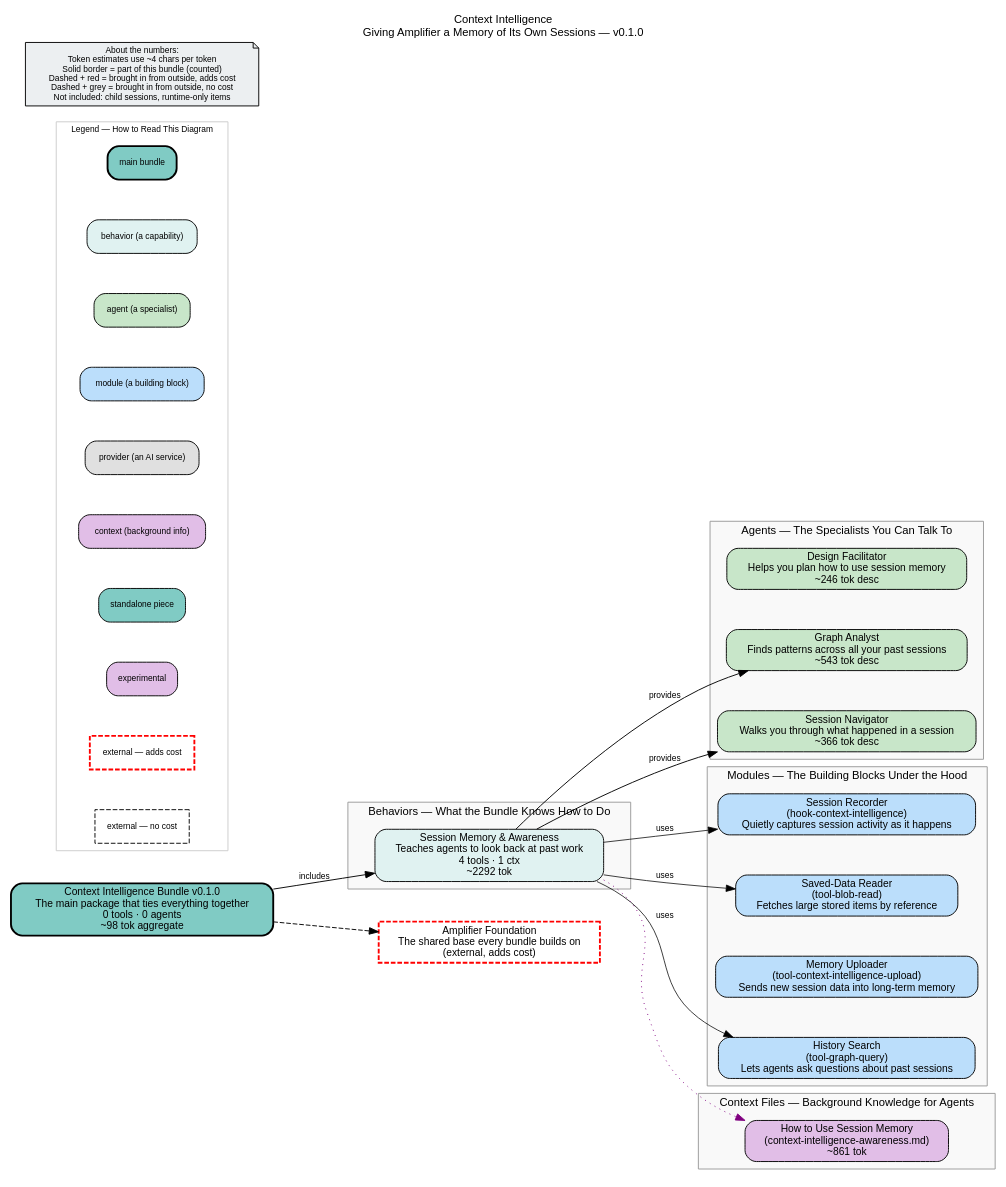
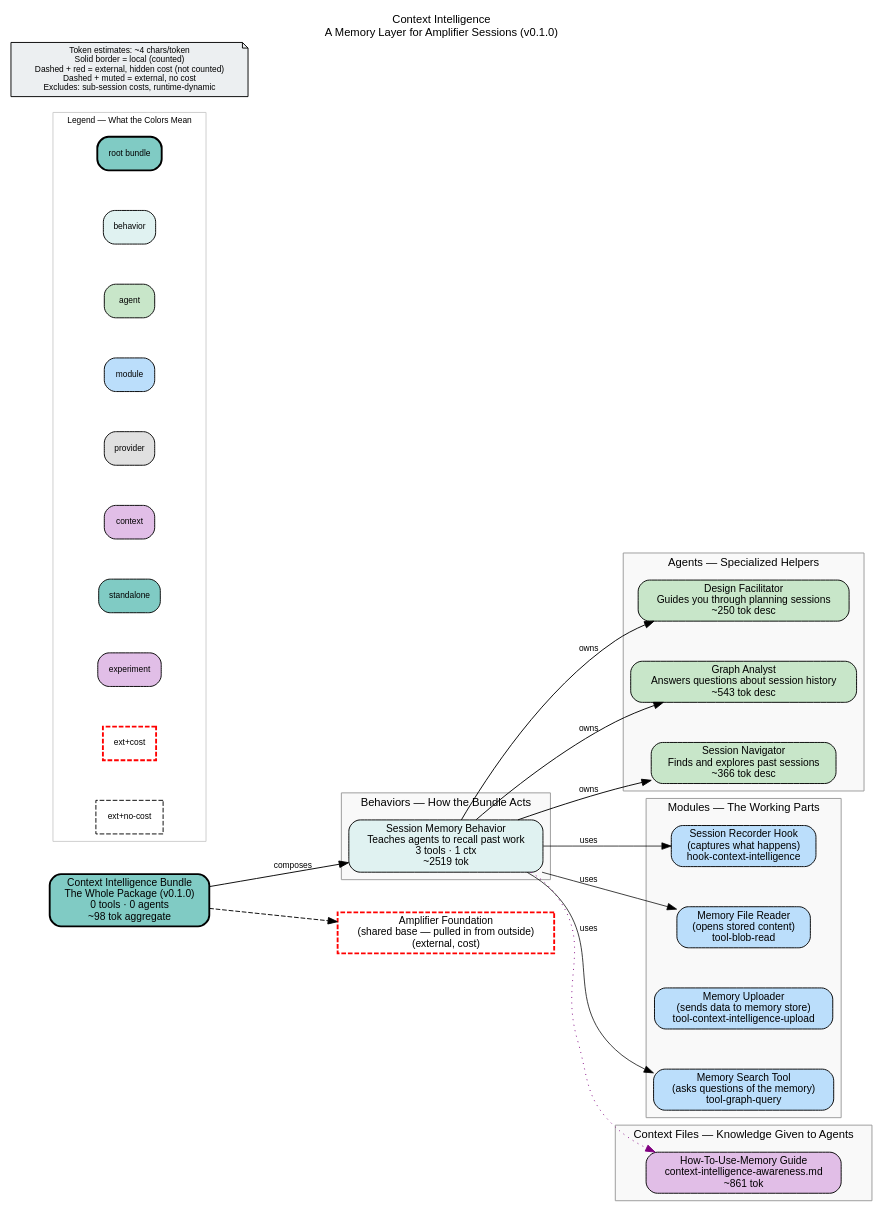
One commit to microsoft/amplifier-bundle-context-intelligence changed the diagram in bundle.dot. Above: the diagram before and after it, drawn with Graphviz.

Commit message:
docs: regenerate bundle.dot with context-intelligence-design-facilitator agent
Adds the new context-intelligence-design-facilitator agent to the bundle graph.
The previous bundle.dot was stale after the design mode redesign introduced
this agent into the session-memory behavior.

Generated with [Amplifier](https://github.com/microsoft/amplifier)

```diff
--- a/bundle.dot
+++ b/bundle.dot
@@ -1,91 +1,92 @@
-// Context Intelligence: a bundle that gives Amplifier sessions memory and self-awareness, so agents can look back at past work and navigate their own history.
+// Context Intelligence — a bundle that gives Amplifier a memory of past sessions, letting agents query and learn from prior work.
 digraph context_intelligence {
     rankdir=LR
     fontname="Helvetica"
     fontsize=12
-    label="Context Intelligence\nGiving Amplifier a Memory of Its Own Sessions — v0.1.0"
+    label="Context Intelligence\nA Memory Layer for Amplifier Sessions (v0.1.0)"
     labelloc=t
     labeljust=c
     nodesep=0.6
     ranksep=0.7
     bgcolor="white"
-    source_hash="512676d2d45f4850680ac451408ff58449b4ba8d42330625255b5f3c237ead1a"
+    source_hash="07ebeabdf3c0c81a31b7e56b096713b660894f454c6b037bbaef4b963d022e73"
 
     node [fontname="Helvetica", fontsize=11, style="filled,rounded"]
     edge [fontname="Helvetica", fontsize=9]
 
-    root_context_intelligence [label="Context Intelligence Bundle v0.1.0\nThe main package that ties everything together\n0 tools · 0 agents\n~98 tok aggregate", shape=box, fillcolor="#80cbc4", style="filled,rounded,bold", penwidth=2]
+    root_context_intelligence [label="Context Intelligence Bundle\nThe Whole Package (v0.1.0)\n0 tools · 0 agents\n~98 tok aggregate", shape=box, fillcolor="#80cbc4", style="filled,rounded,bold", penwidth=2]
 
     subgraph cluster_behaviors {
-        label="Behaviors — What the Bundle Knows How to Do"
+        label="Behaviors — How the Bundle Acts"
         style="filled"
         fillcolor="#f9f9f9"
         color="#999999"
 
-        beh_context_intelligence_behavior [label="Session Memory & Awareness\nTeaches agents to look back at past work\n4 tools · 1 ctx\n~2292 tok", shape=box, fillcolor="#e0f2f1", style="filled,rounded"]
+        beh_context_intelligence_behavior [label="Session Memory Behavior\nTeaches agents to recall past work\n3 tools · 1 ctx\n~2519 tok", shape=box, fillcolor="#e0f2f1", style="filled,rounded"]
     }
 
     subgraph cluster_agents {
-        label="Agents — The Specialists You Can Talk To"
+        label="Agents — Specialized Helpers"
         style="filled"
         fillcolor="#f9f9f9"
         color="#999999"
 
-        agt_context_intelligence_design_facilitator [label="Design Facilitator\nHelps you plan how to use session memory\n~246 tok desc", shape=box, fillcolor="#c8e6c9", style="filled,rounded"]
-        agt_graph_analyst [label="Graph Analyst\nFinds patterns across all your past sessions\n~543 tok desc", shape=box, fillcolor="#c8e6c9", style="filled,rounded"]
-        agt_session_navigator [label="Session Navigator\nWalks you through what happened in a session\n~366 tok desc", shape=box, fillcolor="#c8e6c9", style="filled,rounded"]
+        agt_context_intelligence_design_facilitator [label="Design Facilitator\nGuides you through planning sessions\n~250 tok desc", shape=box, fillcolor="#c8e6c9", style="filled,rounded"]
+        agt_graph_analyst [label="Graph Analyst\nAnswers questions about session history\n~543 tok desc", shape=box, fillcolor="#c8e6c9", style="filled,rounded"]
+        agt_session_navigator [label="Session Navigator\nFinds and explores past sessions\n~366 tok desc", shape=box, fillcolor="#c8e6c9", style="filled,rounded"]
     }
 
     subgraph cluster_modules {
-        label="Modules — The Building Blocks Under the Hood"
+        label="Modules — The Working Parts"
         style="filled"
         fillcolor="#f9f9f9"
         color="#999999"
 
-        mod_hook_context_intelligence [label="Session Recorder\n(hook-context-intelligence)\nQuietly captures session activity as it happens", shape=box, fillcolor="#bbdefb", style="filled,rounded"]
-        mod_tool_blob_read [label="Saved-Data Reader\n(tool-blob-read)\nFetches large stored items by reference", shape=box, fillcolor="#bbdefb", style="filled,rounded"]
-        mod_tool_context_intelligence_upload [label="Memory Uploader\n(tool-context-intelligence-upload)\nSends new session data into long-term memory", shape=box, fillcolor="#bbdefb", style="filled,rounded"]
-        mod_tool_graph_query [label="History Search\n(tool-graph-query)\nLets agents ask questions about past sessions", shape=box, fillcolor="#bbdefb", style="filled,rounded"]
+        mod_hook_context_intelligence [label="Session Recorder Hook\n(captures what happens)\nhook-context-intelligence", shape=box, fillcolor="#bbdefb", style="filled,rounded"]
+        mod_tool_blob_read [label="Memory File Reader\n(opens stored content)\ntool-blob-read", shape=box, fillcolor="#bbdefb", style="filled,rounded"]
+        mod_tool_context_intelligence_upload [label="Memory Uploader\n(sends data to memory store)\ntool-context-intelligence-upload", shape=box, fillcolor="#bbdefb", style="filled,rounded"]
+        mod_tool_graph_query [label="Memory Search Tool\n(asks questions of the memory)\ntool-graph-query", shape=box, fillcolor="#bbdefb", style="filled,rounded"]
     }
 
     subgraph cluster_context {
-        label="Context Files — Background Knowledge for Agents"
+        label="Context Files — Knowledge Given to Agents"
         style="filled"
         fillcolor="#f9f9f9"
         color="#999999"
 
-        ctx_context_intelligence_awareness_md [label="How to Use Session Memory\n(context-intelligence-awareness.md)\n~861 tok", shape=box, fillcolor="#e1bee7", style="filled,rounded"]
+        ctx_context_intelligence_awareness_md [label="How-To-Use-Memory Guide\ncontext-intelligence-awareness.md\n~861 tok", shape=box, fillcolor="#e1bee7", style="filled,rounded"]
     }
 
     subgraph cluster_legend {
-        label="Legend — How to Read This Diagram"
+        label="Legend — What the Colors Mean"
         style="filled"
         fillcolor="white"
         color="#cccccc"
         fontsize=9
 
-        leg_root [label="main bundle", shape=box, fillcolor="#80cbc4", style="filled,rounded,bold", fontsize=9]
-        leg_behavior [label="behavior (a capability)", shape=box, fillcolor="#e0f2f1", style="filled,rounded", fontsize=9]
-        leg_agent [label="agent (a specialist)", shape=box, fillcolor="#c8e6c9", style="filled,rounded", fontsize=9]
-        leg_module [label="module (a building block)", shape=box, fillcolor="#bbdefb", style="filled,rounded", fontsize=9]
-        leg_provider [label="provider (an AI service)", shape=box, fillcolor="#e0e0e0", style="filled,rounded", fontsize=9]
-        leg_context [label="context (background info)", shape=box, fillcolor="#e1bee7", style="filled,rounded", fontsize=9]
-        leg_standalone [label="standalone piece", shape=box, fillcolor="#80cbc4", style="filled,rounded", fontsize=9]
-        leg_experiment [label="experimental", shape=box, fillcolor="#e1bee7", style="filled,rounded", fontsize=9]
-        leg_ext_cost [label="external — adds cost", shape=box, fillcolor="#80cbc4", style="dashed", color="red", penwidth=2, fontsize=9]
-        leg_ext_muted [label="external — no cost", shape=box, fillcolor="#f5f5f5", style="dashed", fontsize=9]
+        leg_root [label="root bundle", shape=box, fillcolor="#80cbc4", style="filled,rounded,bold", fontsize=9]
+        leg_behavior [label="behavior", shape=box, fillcolor="#e0f2f1", style="filled,rounded", fontsize=9]
+        leg_agent [label="agent", shape=box, fillcolor="#c8e6c9", style="filled,rounded", fontsize=9]
+        leg_module [label="module", shape=box, fillcolor="#bbdefb", style="filled,rounded", fontsize=9]
+        leg_provider [label="provider", shape=box, fillcolor="#e0e0e0", style="filled,rounded", fontsize=9]
+        leg_context [label="context", shape=box, fillcolor="#e1bee7", style="filled,rounded", fontsize=9]
+        leg_standalone [label="standalone", shape=box, fillcolor="#80cbc4", style="filled,rounded", fontsize=9]
+        leg_experiment [label="experiment", shape=box, fillcolor="#e1bee7", style="filled,rounded", fontsize=9]
+        leg_ext_cost [label="ext+cost", shape=box, fillcolor="#80cbc4", style="dashed", color="red", penwidth=2, fontsize=9]
+        leg_ext_muted [label="ext+no-cost", shape=box, fillcolor="#f5f5f5", style="dashed", fontsize=9]
     }
 
-    disclaimer [label="About the numbers:\nToken estimates use ~4 chars per token\nSolid border = part of this bundle (counted)\nDashed + red = brought in from outside, adds cost\nDashed + grey = brought in from outside, no cost\nNot included: child sessions, runtime-only items", shape=note, fillcolor="#eceff1", style="filled", fontsize=9]
+    disclaimer [label="Token estimates: ~4 chars/token\nSolid border = local (counted)\nDashed + red = external, hidden cost (not counted)\nDashed + muted = external, no cost\nExcludes: sub-session costs, runtime-dynamic", shape=note, fillcolor="#eceff1", style="filled", fontsize=9]
 
-    ext_githttps___github_com_microsoft_amplifier_foundation_main [label="Amplifier Foundation\nThe shared base every bundle builds on\n(external, adds cost)", shape=box, fillcolor="#80cbc4", style="dashed", color="red", penwidth=2]
+    ext_githttps___github_com_microsoft_amplifier_foundation_main [label="Amplifier Foundation\n(shared base — pulled in from outside)\n(external, cost)", shape=box, fillcolor="#80cbc4", style="dashed", color="red", penwidth=2]
 
     root_context_intelligence -> ext_githttps___github_com_microsoft_amplifier_foundation_main [style=dashed]
-    root_context_intelligence -> beh_context_intelligence_behavior [label="includes"]
-    beh_context_intelligence_behavior -> agt_graph_analyst [label="provides"]
-    beh_context_intelligence_behavior -> agt_session_navigator [label="provides"]
+    root_context_intelligence -> beh_context_intelligence_behavior [label="composes"]
+    beh_context_intelligence_behavior -> agt_graph_analyst [label="owns"]
+    beh_context_intelligence_behavior -> agt_session_navigator [label="owns"]
+    beh_context_intelligence_behavior -> agt_context_intelligence_design_facilitator [label="owns"]
     beh_context_intelligence_behavior -> mod_tool_graph_query [label="uses", penwidth=0.8]
     beh_context_intelligence_behavior -> mod_tool_blob_read [label="uses", penwidth=0.8]
     beh_context_intelligence_behavior -> mod_hook_context_intelligence [label="uses", penwidth=0.8]
     beh_context_intelligence_behavior -> ctx_context_intelligence_awareness_md [style=dotted, color=purple]
 }
```
